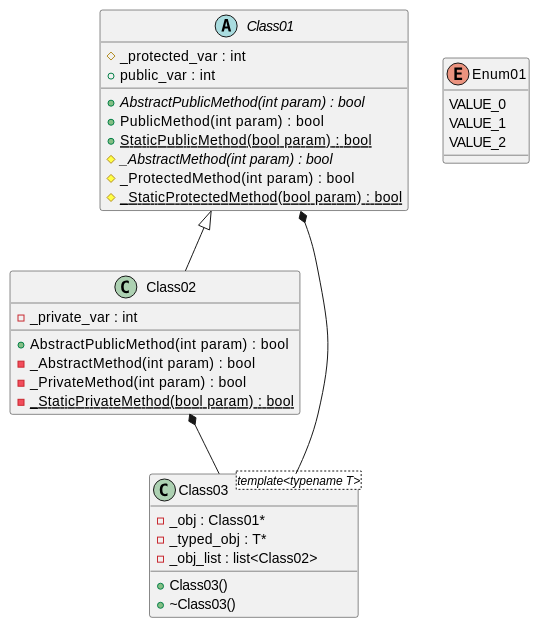
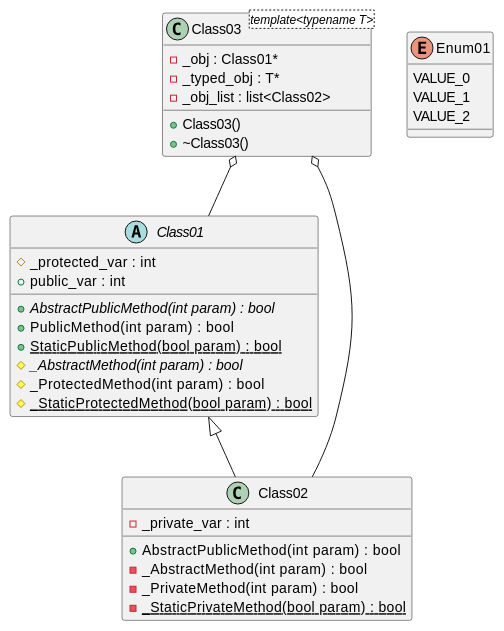
One commit to thibaultmarin/hpp2plantuml changed the diagram in hpp2plantuml.org. Above: the diagram before and after it, drawn with PlantUML. The commit also changed other lines of this file, not shown here.

```diff
--- a/hpp2plantuml.org
+++ b/hpp2plantuml.org
@@ -1705,41 +1820,41 @@
 #+BEGIN_SRC plantuml :mkdirp yes :tangle tests/simple_classes.puml
 @startuml
 abstract class Class01 {
 	+{abstract} AbstractPublicMethod(int param) : bool
 	+PublicMethod(int param) : bool
 	+{static} StaticPublicMethod(bool param) : bool
 	#{abstract} _AbstractMethod(int param) : bool
 	#_ProtectedMethod(int param) : bool
 	#{static} _StaticProtectedMethod(bool param) : bool
 	#_protected_var : int
 	+public_var : int
 }
 
 class Class02 {
 	+AbstractPublicMethod(int param) : bool
 	-_AbstractMethod(int param) : bool
 	-_PrivateMethod(int param) : bool
 	-{static} _StaticPrivateMethod(bool param) : bool
 	-_private_var : int
 }
 
 class Class03 <template<typename T>> {
 	+Class03()
 	+~Class03()
 	-_obj : Class01*
 	-_typed_obj : T*
 	-_obj_list : list<Class02>
 }
 
 enum Enum01 {
 	VALUE_0
 	VALUE_1
 	VALUE_2
 }
 
 Class01 <|-- Class02
-Class01  *-- Class03
-Class02  *-- Class03
+Class03  o-- Class01
+Class03  o-- Class02
 
 @enduml
 #+END_SRC
```
